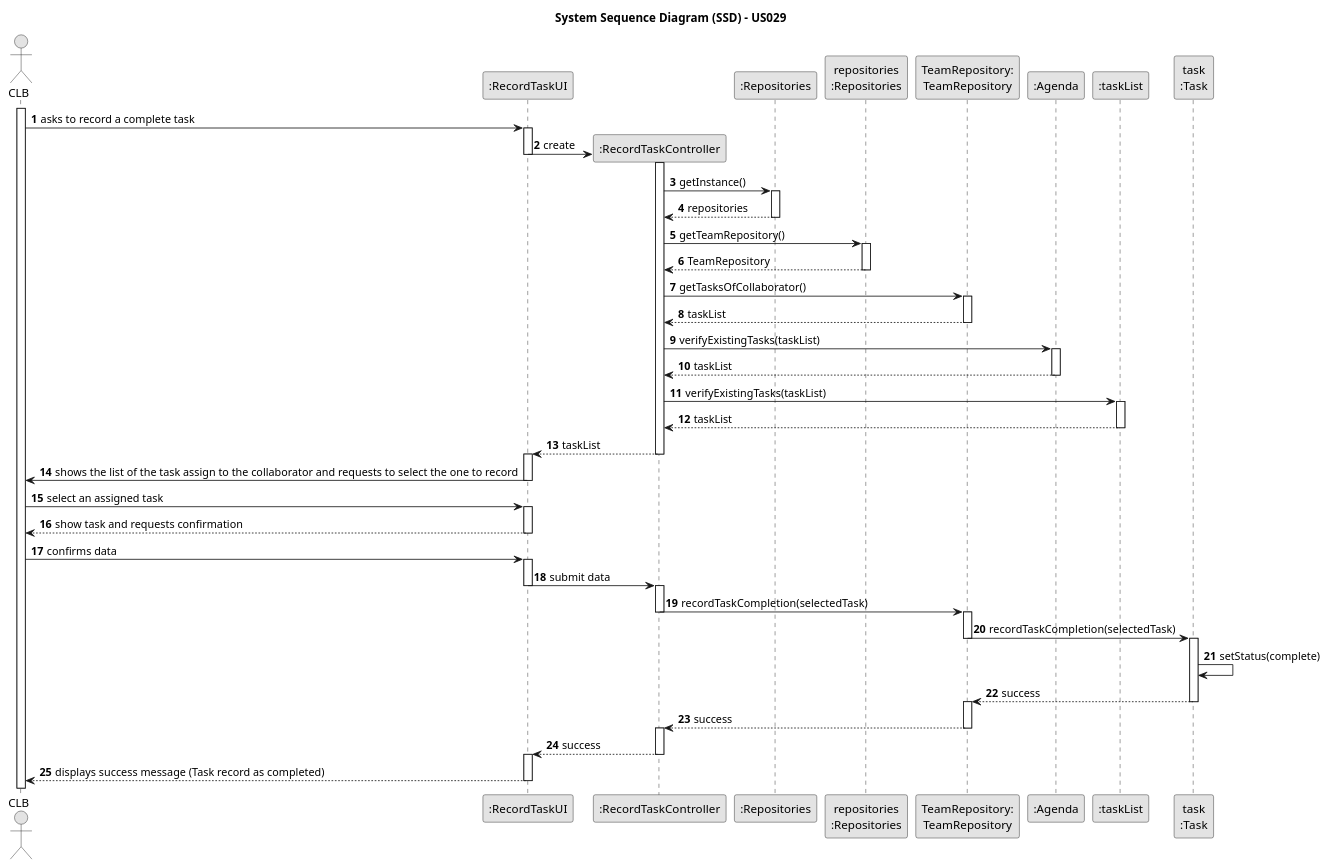
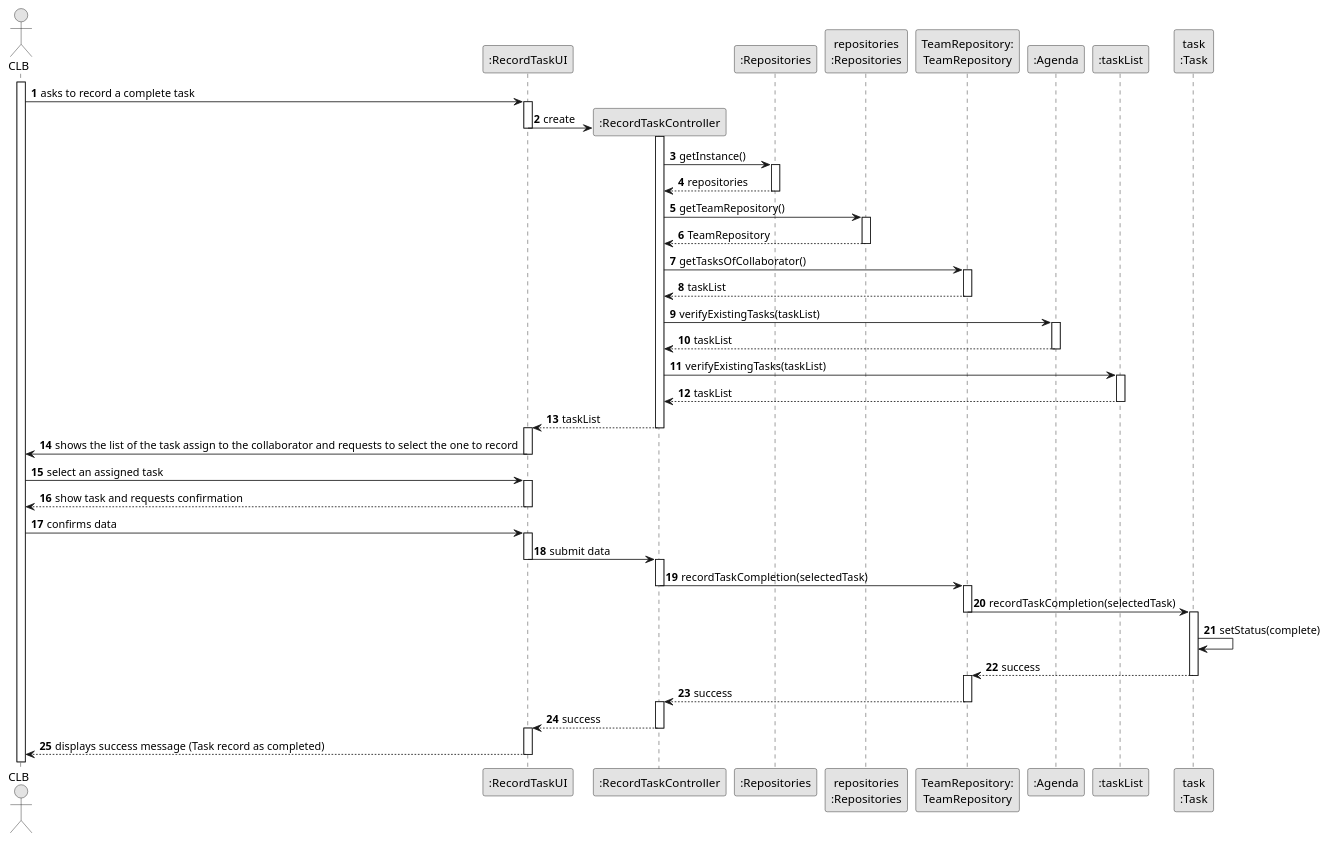
One commit to ricardomm7/leaflink changed the diagram in docs/sprintC/us029/03.design/puml/us029-sequence-diagram-full.puml. Above: the diagram before and after it, drawn with PlantUML. The commit also changed 12 other files, not shown here.

```diff
--- a/docs/sprintC/us029/03.design/puml/us029-sequence-diagram-full.puml
+++ b/docs/sprintC/us029/03.design/puml/us029-sequence-diagram-full.puml
@@ -1,106 +1,105 @@
 @startuml
 skinparam monochrome true
 skinparam packageStyle rectangle
 skinparam shadowing false
 
-title System Sequence Diagram (SSD) - US029
 
 autonumber
 
 actor "CLB" as CLB
 participant ":RecordTaskUI" as UI
 participant ":RecordTaskController" as CTRL
 participant ":Repositories" as RepositorySingleton
 participant "repositories\n:Repositories" as PLAT
 participant "TeamRepository:\nTeamRepository" as TeamRepository
 participant ":Agenda" as Agenda
 participant ":taskList" as taskList
 
 participant "task\n:Task" as Task
 
 
 activate CLB
 
     CLB -> UI : asks to record a complete task
     activate UI
 
         UI -> CTRL** : create
         deactivate UI
         activate CTRL
 
             CTRL -> RepositorySingleton: getInstance()
             activate RepositorySingleton
 
                 RepositorySingleton --> CTRL: repositories
             deactivate RepositorySingleton
 
             CTRL -> PLAT : getTeamRepository()
             activate PLAT
 
                 PLAT --> CTRL: TeamRepository
             deactivate PLAT
 
             CTRL -> TeamRepository : getTasksOfCollaborator()
             activate TeamRepository
 
                 TeamRepository --> CTRL : taskList
             deactivate TeamRepository
 
             CTRL -> Agenda : verifyExistingTasks(taskList)
             activate Agenda
 
                 Agenda --> CTRL : taskList
             deactivate Agenda
 
             CTRL -> taskList : verifyExistingTasks(taskList)
             activate taskList
 
                 taskList --> CTRL : taskList
             deactivate taskList
 
             CTRL --> UI : taskList
         deactivate CTRL
         activate UI
 
         UI -> CLB : shows the list of the task assign to the collaborator and requests to select the one to record
     deactivate UI
 
     CLB -> UI : select an assigned task
     activate UI
 
         UI --> CLB : show task and requests confirmation
     deactivate UI
 
     CLB -> UI : confirms data
     activate UI
 
         UI -> CTRL : submit data
         deactivate UI
         activate CTRL
 
             CTRL -> TeamRepository : recordTaskCompletion(selectedTask)
             deactivate CTRL
             activate TeamRepository
 
                 TeamRepository -> Task : recordTaskCompletion(selectedTask)
                 deactivate TeamRepository
                 activate Task
 
                     Task -> Task : setStatus(complete)
 
                 Task --> TeamRepository : success
                 deactivate Task
                 activate TeamRepository
 
             TeamRepository --> CTRL : success
             deactivate TeamRepository
             activate CTRL
 
             CTRL --> UI : success
         deactivate CTRL
         activate UI
 
         UI --> CLB : displays success message (Task record as completed)
     deactivate UI
 
 @enduml
```
